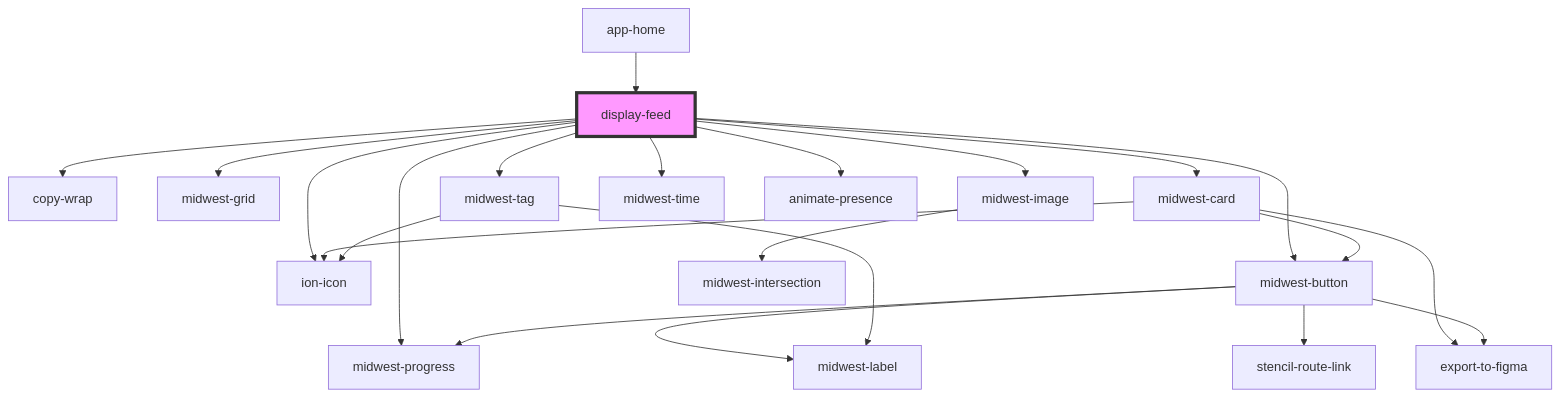
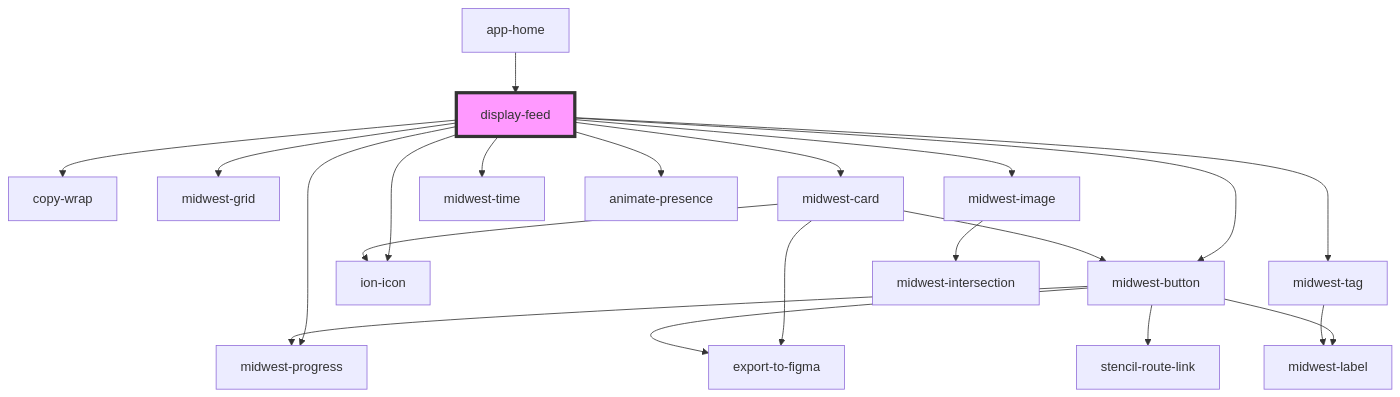
Before and after one commit to splitinfinities/Midwest: the diagram in packages/new-tab/docs/components/display-feed/readme.md, drawn with Mermaid. The commit also changed 558 other files, not shown here.

````diff
--- a/packages/new-tab/docs/components/display-feed/readme.md
+++ b/packages/new-tab/docs/components/display-feed/readme.md
@@ -38,25 +38,24 @@
 ```mermaid
 graph TD;
   display-feed --> copy-wrap
   display-feed --> midwest-progress
   display-feed --> midwest-grid
   display-feed --> midwest-image
   display-feed --> midwest-card
   display-feed --> midwest-tag
   display-feed --> midwest-time
   display-feed --> animate-presence
   display-feed --> ion-icon
   display-feed --> midwest-button
   midwest-image --> midwest-intersection
   midwest-card --> midwest-button
   midwest-card --> ion-icon
   midwest-card --> export-to-figma
   midwest-button --> midwest-progress
   midwest-button --> midwest-label
   midwest-button --> stencil-route-link
   midwest-button --> export-to-figma
-  midwest-tag --> ion-icon
   midwest-tag --> midwest-label
   app-home --> display-feed
   style display-feed fill:#f9f,stroke:#333,stroke-width:4px
 ```
````
